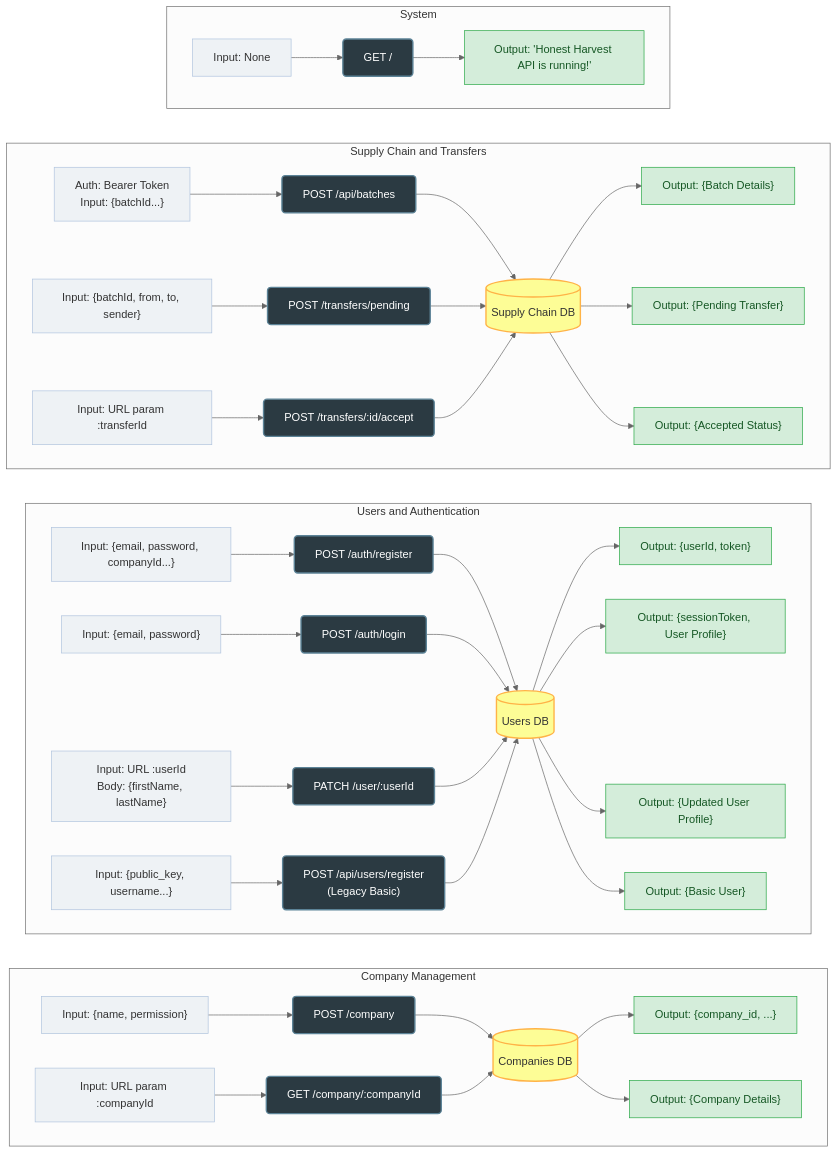
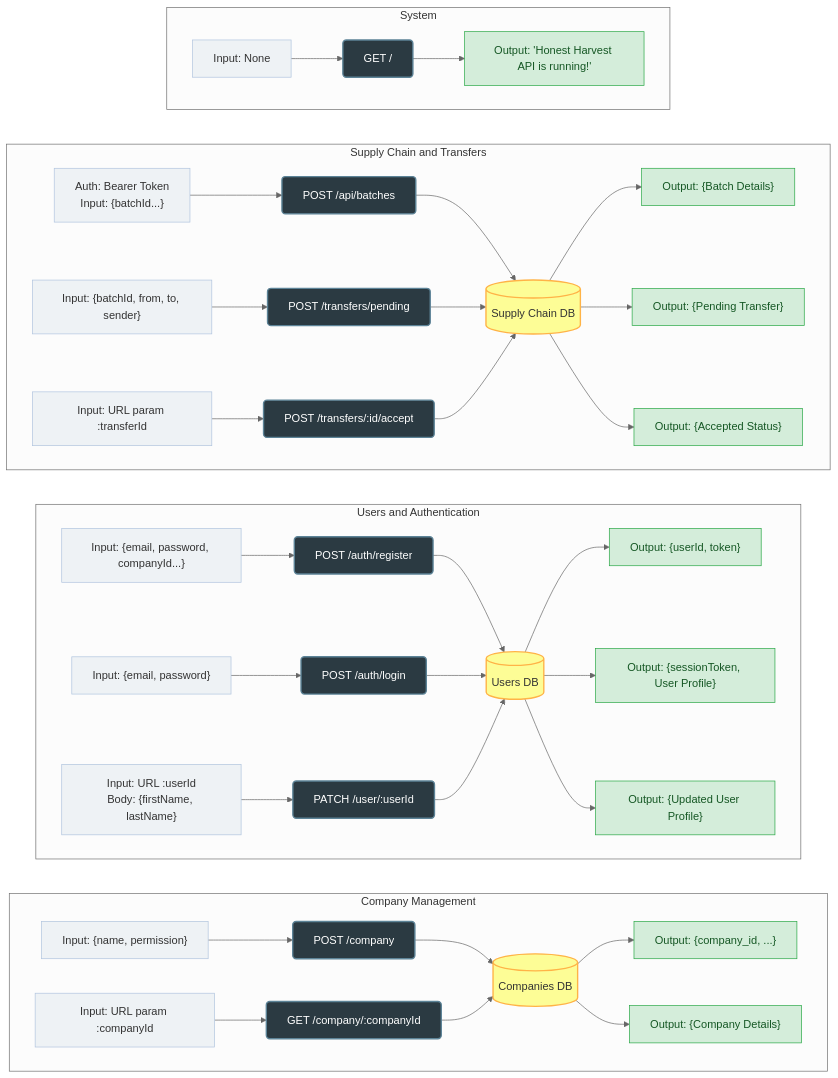
Before and after one commit to Jman001188/CSE540-BlockchainGroupProject: the diagram in backend/API.md, drawn with Mermaid (neutral theme). The commit also changed 3 other files, not shown here.

````diff
--- a/backend/API.md
+++ b/backend/API.md
@@ -212,64 +212,60 @@
 ```mermaid
 graph LR
     %% Styling
     classDef endpoint fill:#2b3a42,stroke:#5c8397,stroke-width:2px,color:#fff,rx:5px,ry:5px;
     classDef input fill:#eef2f5,stroke:#b0c4de,stroke-width:1px,color:#333;
     classDef output fill:#d4edda,stroke:#28a745,stroke-width:1px,color:#155724;
     classDef db fill:#fdfd96,stroke:#ffb347,stroke-width:2px,color:#333,shape:cylinder;
 
     %% Databases
     DB_COMP[(Companies DB)]:::db
     DB_USER[(Users DB)]:::db
     DB_CHAIN[(Supply Chain DB)]:::db
 
     subgraph Group1 [Company Management]
         direction LR
         C_IN["Input: {name, permission}"]:::input --> POST_COMP["POST /company"]:::endpoint
         POST_COMP --> DB_COMP
         DB_COMP --> C_OUT["Output: {company_id, ...}"]:::output
 
         G_IN["Input: URL param :companyId"]:::input --> GET_COMP["GET /company/:companyId"]:::endpoint
         GET_COMP --> DB_COMP
         DB_COMP --> G_OUT["Output: {Company Details}"]:::output
     end
 
     subgraph Group2 [Users and Authentication]
         direction LR
         R_IN["Input: {email, password, companyId...}"]:::input --> POST_REG["POST /auth/register"]:::endpoint
         POST_REG --> DB_USER
         DB_USER --> R_OUT["Output: {userId, token}"]:::output
 
         L_IN["Input: {email, password}"]:::input --> POST_LOG["POST /auth/login"]:::endpoint
         POST_LOG --> DB_USER
         DB_USER --> L_OUT["Output: {sessionToken, User Profile}"]:::output
 
         U_IN["Input: URL :userId<br>Body: {firstName, lastName}"]:::input --> PATCH_USR["PATCH /user/:userId"]:::endpoint
         PATCH_USR --> DB_USER
         DB_USER --> U_OUT["Output: {Updated User Profile}"]:::output
-
-        LEG_IN["Input: {public_key, username...}"]:::input --> POST_LEG["POST /api/users/register<br>(Legacy Basic)"]:::endpoint
-        POST_LEG --> DB_USER
-        DB_USER --> LEG_OUT["Output: {Basic User}"]:::output
     end
 
     subgraph Group3 [Supply Chain and Transfers]
         direction LR
         B_IN["Auth: Bearer Token<br>Input: {batchId...}"]:::input --> POST_BATCH["POST /api/batches"]:::endpoint
         POST_BATCH --> DB_CHAIN
         DB_CHAIN --> B_OUT["Output: {Batch Details}"]:::output
 
         T_IN["Input: {batchId, from, to, sender}"]:::input --> POST_TRANS["POST /transfers/pending"]:::endpoint
         POST_TRANS --> DB_CHAIN
         DB_CHAIN --> T_OUT["Output: {Pending Transfer}"]:::output
 
         A_IN["Input: URL param :transferId"]:::input --> POST_ACC["POST /transfers/:id/accept"]:::endpoint
         POST_ACC --> DB_CHAIN
         DB_CHAIN --> A_OUT["Output: {Accepted Status}"]:::output
     end
 
     subgraph Group4 [System]
         direction LR
         H_IN["Input: None"]:::input --> GET_HLTH["GET /"]:::endpoint
         GET_HLTH --> H_OUT["Output: 'Honest Harvest API is running!'"]:::output
     end
 ```
````
